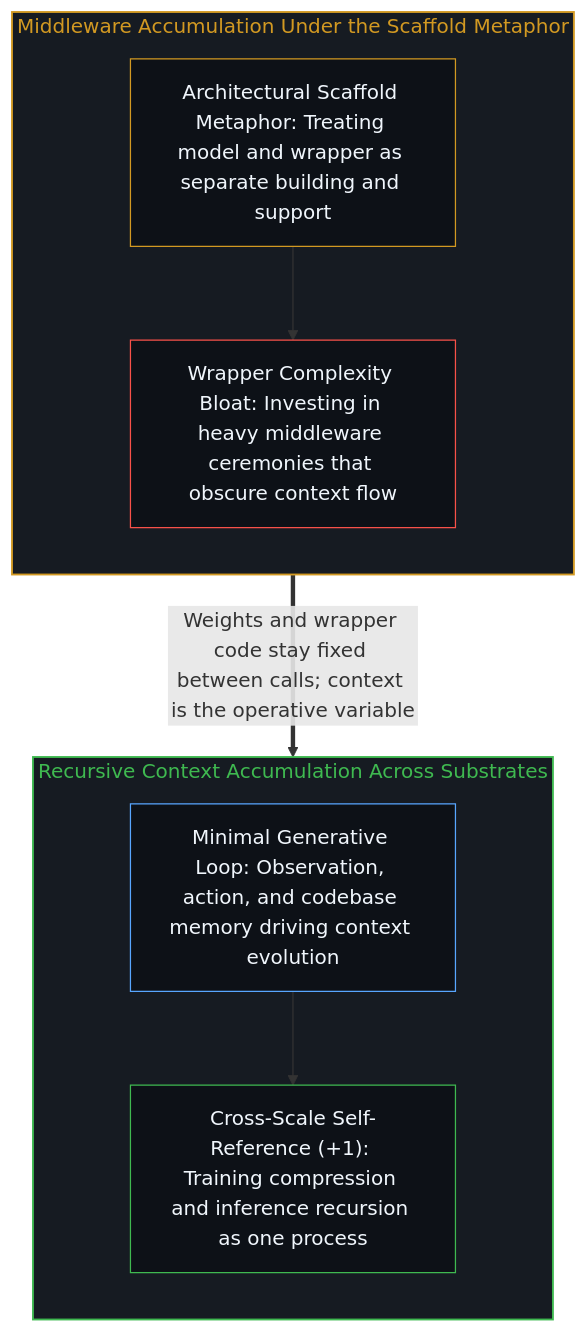
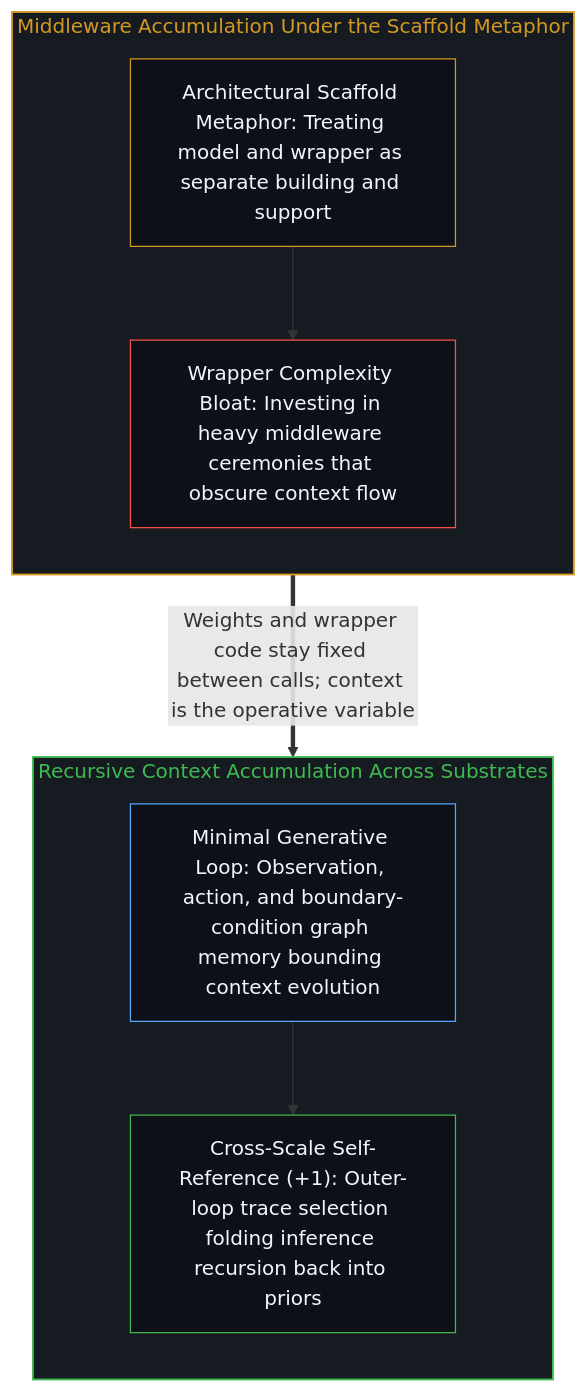
The second of 2 diagrams in content/posts/scaffolds-or-specialized-contexts.md (powerpig99/not-a-toe), drawn with Mermaid before and after one commit. The commit also changed other lines of this file and 2 other files, not shown here.

Commit message:
Refine L1 causal DELTA posts for Wave 12 (looping-and-graphing, scaffolds-or-specialized-contexts)

````diff
--- a/content/posts/scaffolds-or-specialized-contexts.md
+++ b/content/posts/scaffolds-or-specialized-contexts.md
@@ -42,22 +42,22 @@
 ```mermaid
 flowchart TD
     subgraph S_Wrapper["Middleware Accumulation Under the Scaffold Metaphor"]
         direction TB
         Metaphor["Architectural Scaffold Metaphor: Treating model and wrapper as separate building and support"]
         Bloat["Wrapper Complexity Bloat: Investing in heavy middleware ceremonies that obscure context flow"]
         Metaphor --> Bloat
     end
     subgraph S_Context["Recursive Context Accumulation Across Substrates"]
         direction TB
-        MinLoop["Minimal Generative Loop: Observation, action, and codebase memory driving context evolution"]
-        SelfRef["Cross-Scale Self-Reference (+1): Training compression and inference recursion as one process"]
+        MinLoop["Minimal Generative Loop: Observation, action, and boundary-condition graph memory bounding context evolution"]
+        SelfRef["Cross-Scale Self-Reference (+1): Outer-loop trace selection folding inference recursion back into priors"]
         MinLoop --> SelfRef
     end
     Bloat ==>|"Weights and wrapper code stay fixed between calls; context is the operative variable"| MinLoop
     style S_Wrapper fill:#161b22,stroke:#d29922,stroke-width:1.5px,color:#d29922
     style S_Context fill:#161b22,stroke:#3fb950,stroke-width:1.5px,color:#3fb950
     style Metaphor fill:#0d1117,stroke:#d29922,stroke-width:1px,color:#f0f6fc
     style Bloat fill:#0d1117,stroke:#f85149,stroke-width:1px,color:#f0f6fc
     style MinLoop fill:#0d1117,stroke:#58a6ff,stroke-width:1px,color:#f0f6fc
     style SelfRef fill:#0d1117,stroke:#3fb950,stroke-width:1px,color:#f0f6fc
 ```
````
